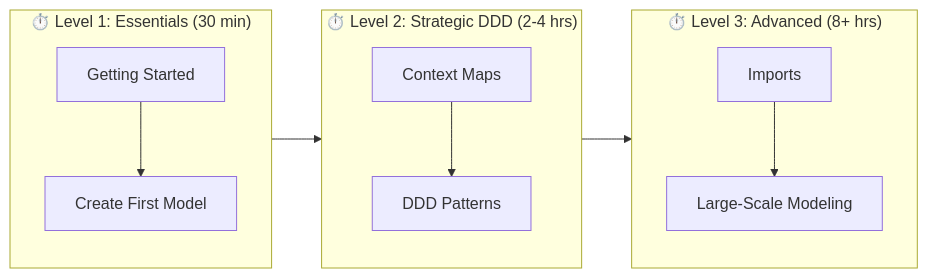
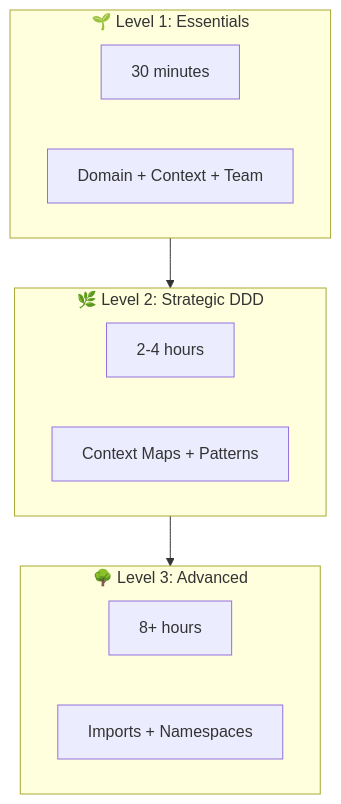
One commit to larsbaunwall/DomainLang changed the second of 2 diagrams in dsl/domain-lang/docs/README.md. Above: the diagram before and after it, drawn with Mermaid. The commit also changed other lines of this file, not shown here.

````diff
--- a/dsl/domain-lang/docs/README.md
+++ b/dsl/domain-lang/docs/README.md
@@ -71,13 +67,19 @@
 ```mermaid
-flowchart LR
-    subgraph Level1["⏱️ Level 1: Essentials (30 min)"]
-        A[Getting Started] --> B[Create First Model]
+graph TB
+    subgraph Level1["🌱 Level 1: Essentials"]
+        L1A["30 minutes"]
+        L1B["Domain + Context + Team"]
     end
-    subgraph Level2["⏱️ Level 2: Strategic DDD (2-4 hrs)"]
-        C[Context Maps] --> D[DDD Patterns]
+    
+    subgraph Level2["🌿 Level 2: Strategic DDD"]
+        L2A["2-4 hours"]
+        L2B["Context Maps + Patterns"]
     end
-    subgraph Level3["⏱️ Level 3: Advanced (8+ hrs)"]
-        E[Imports] --> F[Large-Scale Modeling]
+    
+    subgraph Level3["🌳 Level 3: Advanced"]
+        L3A["8+ hours"]
+        L3B["Imports + Namespaces"]
     end
+    
     Level1 --> Level2 --> Level3
 ```
````
